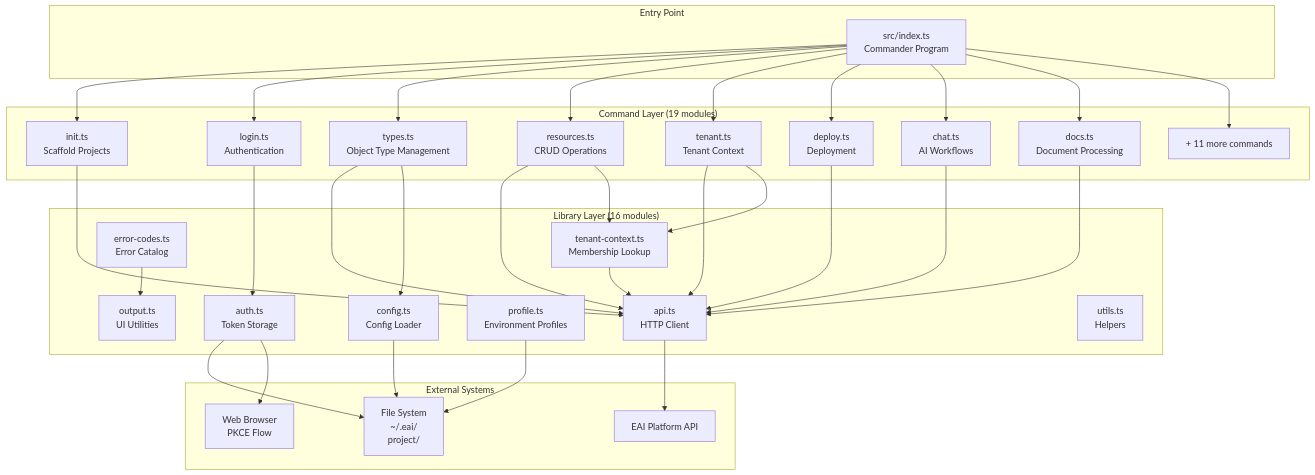
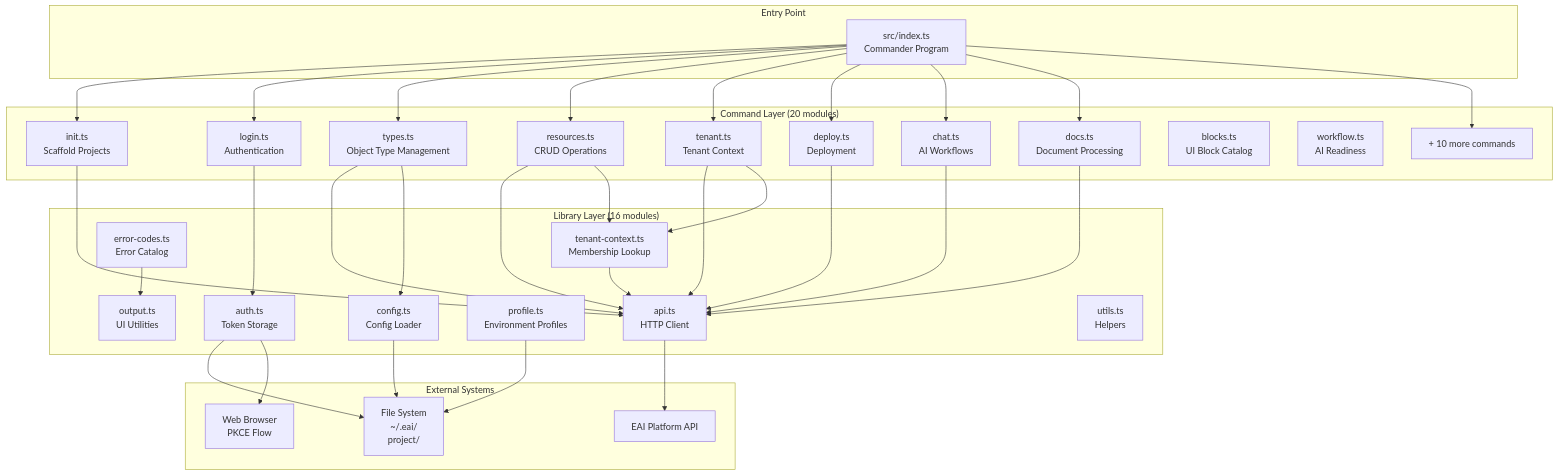
Before and after one commit to eai-support/eai: the third of 6 diagrams in .tech-docs/architecture.md, drawn with Mermaid. The commit also changed other lines of this file and 11 other files, not shown here.

````diff
--- a/.tech-docs/architecture.md
+++ b/.tech-docs/architecture.md
@@ -106,65 +106,67 @@
 ```mermaid
 graph TB
     subgraph "Entry Point"
         Index[src/index.ts<br/>Commander Program]
     end
     
-    subgraph "Command Layer (19 modules)"
+    subgraph "Command Layer (20 modules)"
         Init[init.ts<br/>Scaffold Projects]
         Auth[login.ts<br/>Authentication]
         Types[types.ts<br/>Object Type Management]
         Resources[resources.ts<br/>CRUD Operations]
         Tenant[tenant.ts<br/>Tenant Context]
         Deploy[deploy.ts<br/>Deployment]
         Chat[chat.ts<br/>AI Workflows]
         Docs[docs.ts<br/>Document Processing]
-        Other[+ 11 more commands]
+        Blocks[blocks.ts<br/>UI Block Catalog]
+        Workflow[workflow.ts<br/>AI Readiness]
+        Other[+ 10 more commands]
     end
     
     subgraph "Library Layer (16 modules)"
         API[api.ts<br/>HTTP Client]
         AuthLib[auth.ts<br/>Token Storage]
         Config[config.ts<br/>Config Loader]
         TenantCtx[tenant-context.ts<br/>Membership Lookup]
         Profile[profile.ts<br/>Environment Profiles]
         Errors[error-codes.ts<br/>Error Catalog]
         Output[output.ts<br/>UI Utilities]
         Utils[utils.ts<br/>Helpers]
     end
     
     subgraph "External Systems"
         Platform[EAI Platform API]
         FS[File System<br/>~/.eai/<br/>project/]
         Browser[Web Browser<br/>PKCE Flow]
     end
     
     Index --> Init
     Index --> Auth
     Index --> Types
     Index --> Resources
     Index --> Tenant
     Index --> Deploy
     Index --> Chat
     Index --> Docs
     Index --> Other
     
     Init --> API
     Auth --> AuthLib
     Types --> API
     Types --> Config
     Resources --> API
     Resources --> TenantCtx
     Tenant --> API
     Tenant --> TenantCtx
     Deploy --> API
     Chat --> API
     Docs --> API
     
     API --> Platform
     AuthLib --> FS
     AuthLib --> Browser
     Config --> FS
     TenantCtx --> API
     Profile --> FS
     Errors --> Output
 ```
````
